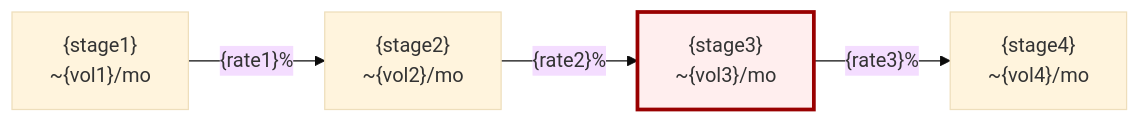
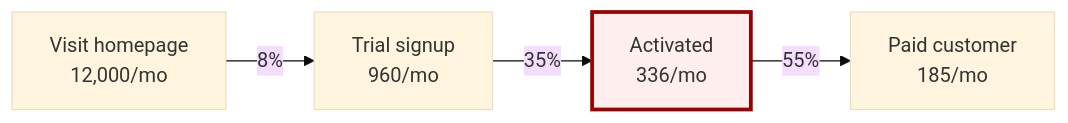
Before and after one commit to samuelfreemanjobs-hash/ceo: the first of 6 diagrams in .github/skills/funnel-visualization/SKILL.md, drawn with Mermaid (base theme). The commit also changed other lines of this file and 5 other files, not shown here.

First line of the commit message:
feat(funnel-architect): install authoritative funnel-visualization skill v1.1

````diff
--- a/.github/skills/funnel-visualization/SKILL.md
+++ b/.github/skills/funnel-visualization/SKILL.md
@@ -39,7 +41,8 @@
 ```mermaid
 flowchart LR
-    A["{stage1}<br/>~{vol1}/mo"] -->|"{rate1}%"| B["{stage2}<br/>~{vol2}/mo"]
-    B -->|"{rate2}%"| C["{stage3}<br/>~{vol3}/mo"]
-    C -->|"{rate3}%"| D["{stage4}<br/>~{vol4}/mo"]
+    A[Visit homepage<br/>12,000/mo] -->|8%| B[Trial signup<br/>960/mo]
+    B -->|35%| C[Activated<br/>336/mo]
+    C -->|55%| D[Paid customer<br/>185/mo]
+
     style C fill:#fee,stroke:#900,stroke-width:3px
 ```
````
